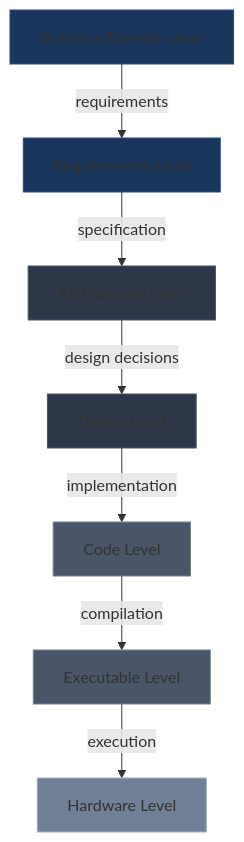
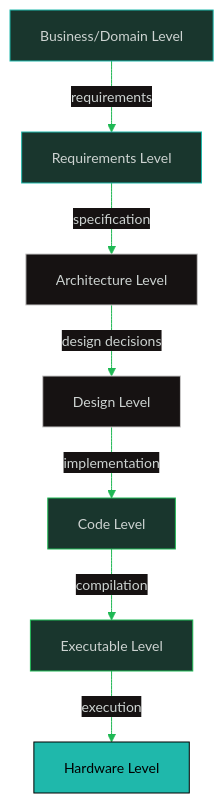
The fifth of 5 diagrams in engineering-foundation-note/02 SWE Process/28_Abstraction_and_Encapsulation.md (oat431/swe-knowledge), drawn with Mermaid before and after one commit. The commit also changed other lines of this file and 23 other files, not shown here.

````diff
--- a/engineering-foundation-note/02 SWE Process/28_Abstraction_and_Encapsulation.md
+++ b/engineering-foundation-note/02 SWE Process/28_Abstraction_and_Encapsulation.md
@@ -255,17 +257,18 @@
 ```mermaid
+%%{init: {'theme':'base','themeVariables':{'primaryColor':'#19362D','primaryTextColor':'#CDD3D1','primaryBorderColor':'#1FB854','lineColor':'#1FB854','background':'#1B1717','mainBkg':'#19362D','clusterBkg':'#161212','edgeLabelBackground':'#161212','titleColor':'#1FB854','fontSize':'14px'}}}%%
 graph TD
     L1["Business/Domain Level"] -->|"requirements"| L2["Requirements Level"]
     L2 -->|"specification"| L3["Architecture Level"]
     L3 -->|"design decisions"| L4["Design Level"]
     L4 -->|"implementation"| L5["Code Level"]
     L5 -->|"compilation"| L6["Executable Level"]
     L6 -->|"execution"| L7["Hardware Level"]
 
-    style L1 fill:#1a365d,stroke:#2a4a7f
-    style L2 fill:#1a365d,stroke:#2a4a7f
-    style L3 fill:#2d3748,stroke:#4a5568
-    style L4 fill:#2d3748,stroke:#4a5568
-    style L5 fill:#4a5568,stroke:#718096
-    style L6 fill:#4a5568,stroke:#718096
-    style L7 fill:#718096,stroke:#a0aec0
+    style L1 fill:#19362D,stroke:#1FB8AB,color:#CDD3D1
+    style L2 fill:#19362D,stroke:#1FB8AB,color:#CDD3D1
+    style L3 fill:#161212,stroke:#CAC9C9,color:#CDD3D1
+    style L4 fill:#161212,stroke:#CAC9C9,color:#CDD3D1
+    style L5 fill:#19362D,stroke:#1FB854,color:#CDD3D1
+    style L6 fill:#19362D,stroke:#1FB854,color:#CDD3D1
+    style L7 fill:#1FB8AB,stroke:#000000,color:#000000
 ```
````
